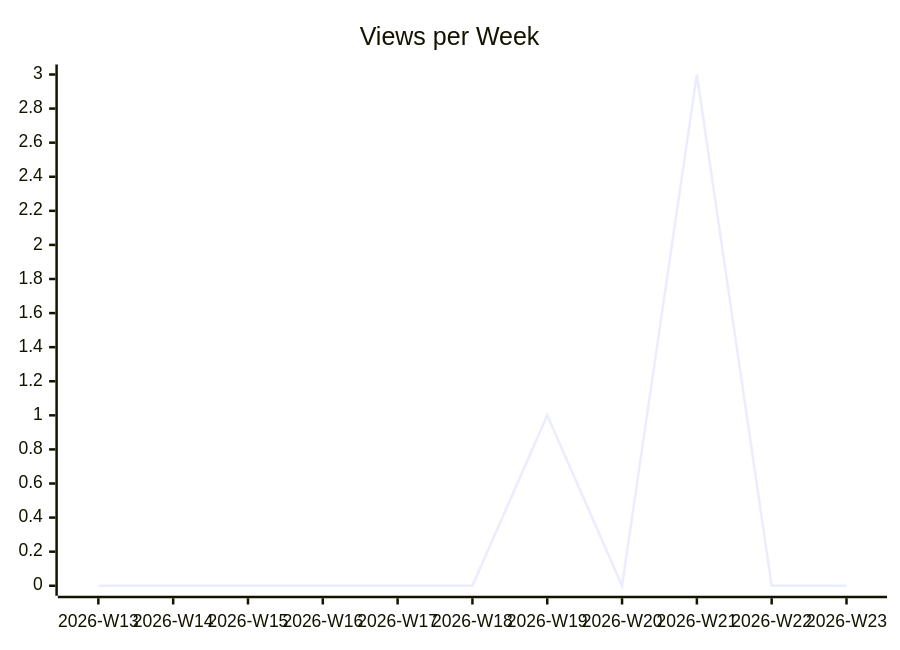
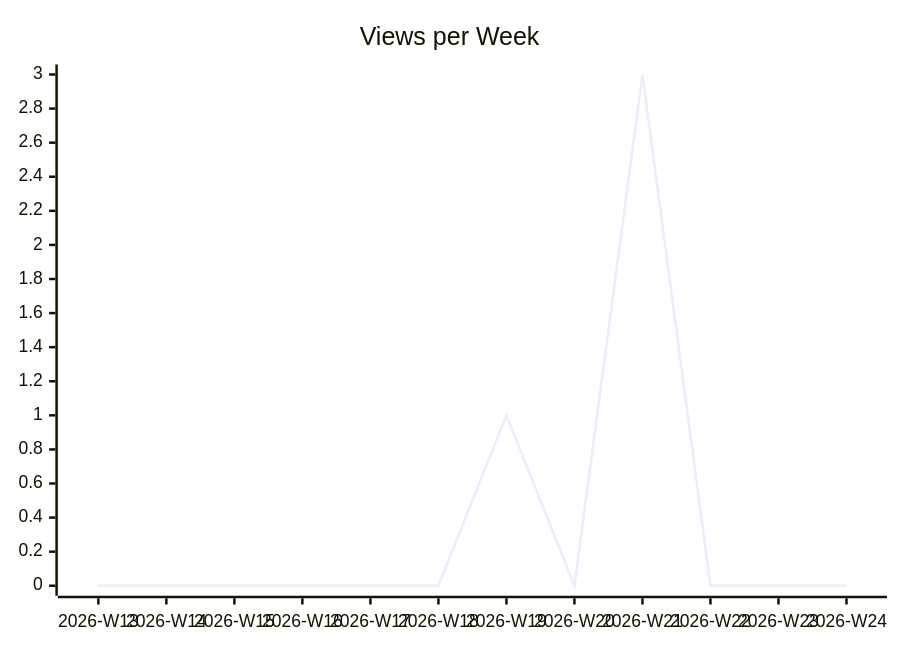
One commit to justdavis-family/github-analytics-data changed the second of 3 diagrams in karlmdavis/kobjects/README.md. Above: the diagram before and after it, drawn with Mermaid. The commit also changed other lines of this file and 189 other files, not shown here.

````diff
--- a/karlmdavis/kobjects/README.md
+++ b/karlmdavis/kobjects/README.md
@@ -12,6 +12,6 @@
 ```mermaid
 xychart-beta
   title "Views per Week"
-  x-axis ["2026-W13", "2026-W14", "2026-W15", "2026-W16", "2026-W17", "2026-W18", "2026-W19", "2026-W20", "2026-W21", "2026-W22", "2026-W23"]
-  line [0, 0, 0, 0, 0, 0, 1, 0, 3, 0, 0]
+  x-axis ["2026-W13", "2026-W14", "2026-W15", "2026-W16", "2026-W17", "2026-W18", "2026-W19", "2026-W20", "2026-W21", "2026-W22", "2026-W23", "2026-W24"]
+  line [0, 0, 0, 0, 0, 0, 1, 0, 3, 0, 0, 0]
 ```
````
